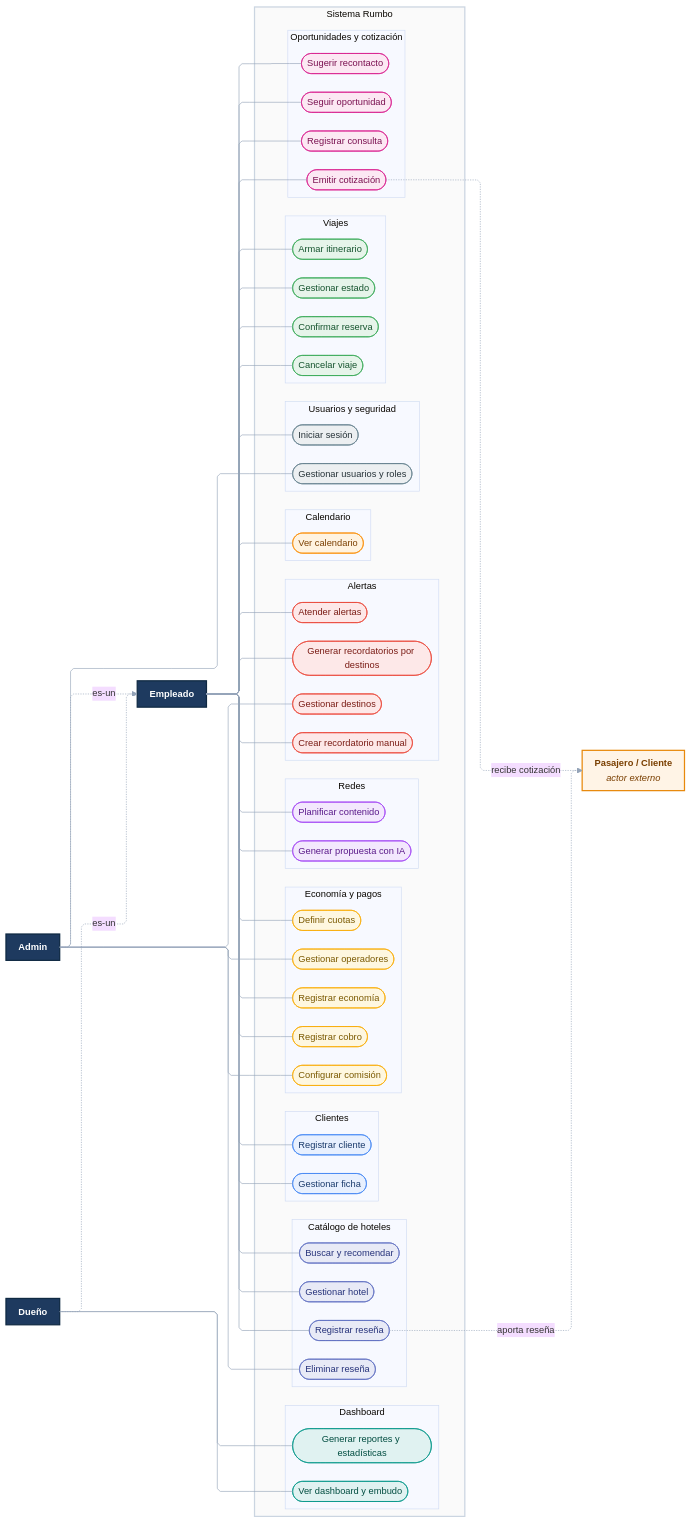
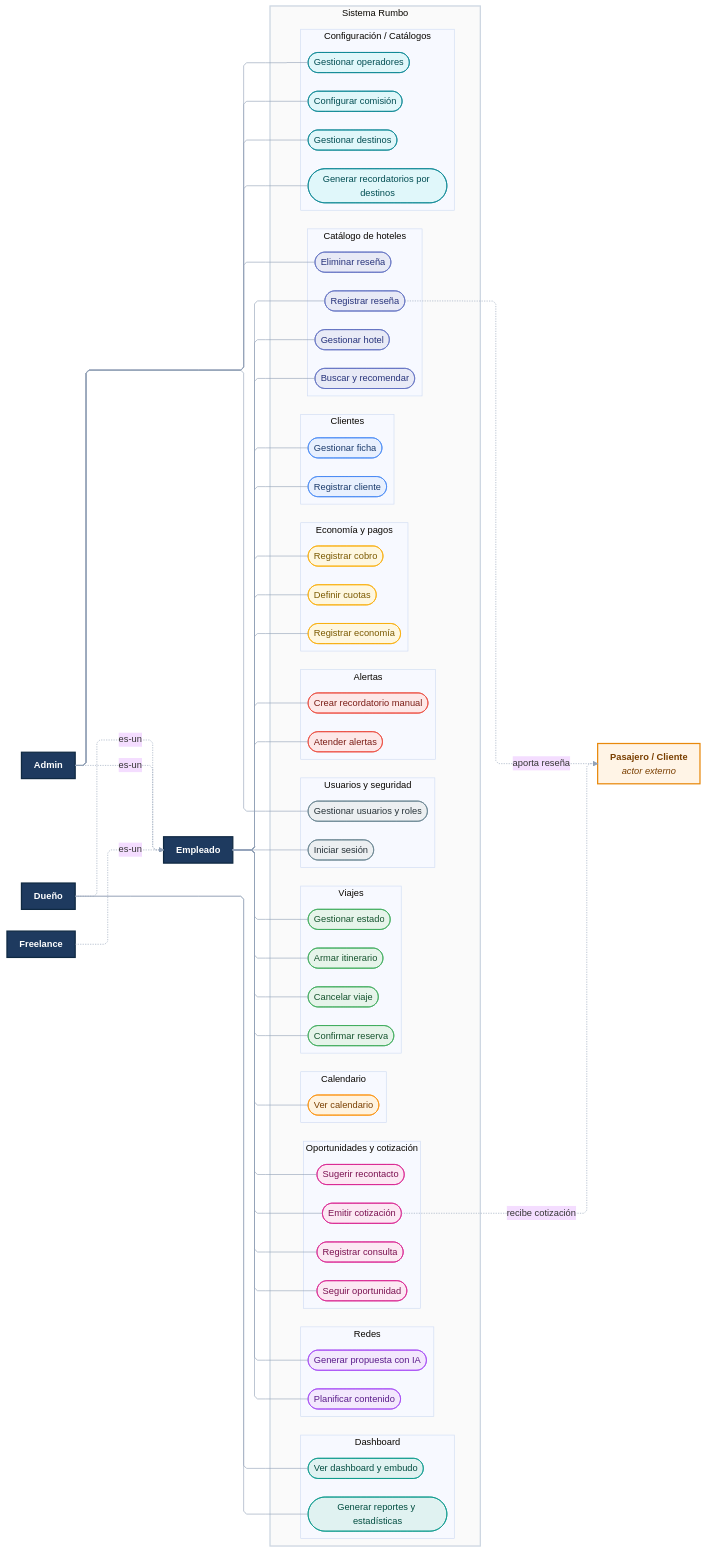
One commit to FranLuciano04/Vault-Rumbo changed the diagram in 02-Analisis/DGM — Casos de uso.md. Above: the diagram before and after it, drawn with Mermaid. The commit also changed other lines of this file and 27 other files, not shown here.

````diff
--- a/02-Analisis/DGM — Casos de uso.md
+++ b/02-Analisis/DGM — Casos de uso.md
@@ -20,6 +20,7 @@
   EMP["<b>Empleado</b>"]:::actor
   ADM["<b>Admin</b>"]:::actor
   DUE["<b>Dueño</b>"]:::actor
+  FRE["<b>Freelance</b>"]:::actor
 
   subgraph SYS[" Sistema Rumbo "]
     direction TB
@@ -44,18 +45,20 @@
       CU18([Buscar y recomendar]):::m6
       CU29([Eliminar reseña]):::m6
     end
+    subgraph M11[Configuración / Catálogos]
+      CU13([Configurar comisión]):::m11
+      CU15([Generar recordatorios por destinos]):::m11
+      CU26([Gestionar destinos]):::m11
+      CU31([Gestionar operadores]):::m11
+    end
     subgraph M5[Alertas]
       CU14([Atender alertas]):::m5
-      CU15([Generar recordatorios por destinos]):::m5
-      CU26([Gestionar destinos]):::m5
       CU28([Crear recordatorio manual]):::m5
     end
     subgraph M4[Economía y pagos]
       CU10([Registrar economía]):::m4
       CU11([Definir cuotas]):::m4
       CU12([Registrar cobro]):::m4
-      CU13([Configurar comisión]):::m4
-      CU31([Gestionar operadores]):::m4
     end
     subgraph M3[Viajes]
       CU07([Confirmar reserva]):::m3
@@ -77,23 +80,24 @@
 
   CLI["<b>Pasajero / Cliente</b><br/><i>actor externo</i>"]:::ext
 
-  %% Generalización: Admin y Dueño heredan los casos del Empleado
+  %% Generalización: Admin, Dueño y Freelance heredan los casos operativos del Empleado
   ADM -. "es-un" .-> EMP
   DUE -. "es-un" .-> EMP
+  FRE -. "es-un" .-> EMP
 
   %% Empleado: casos operativos
   EMP --- CU02 & CU03
   EMP --- CU04 & CU05 & CU06 & CU30
   EMP --- CU07 & CU08 & CU09 & CU27
   EMP --- CU10 & CU11 & CU12
-  EMP --- CU14 & CU15 & CU28
+  EMP --- CU14 & CU28
   EMP --- CU16 & CU17 & CU18
   EMP --- CU19 & CU20
   EMP --- CU23
   EMP --- CU24
 
-  %% Admin: casos exclusivos
-  ADM --- CU13 & CU25 & CU26 & CU29 & CU31
+  %% Admin: casos exclusivos (configuración, catálogos y moderación)
+  ADM --- CU13 & CU15 & CU25 & CU26 & CU29 & CU31
 
   %% Dueño: dashboard y reportes
   DUE --- CU21 & CU22
@@ -114,5 +118,6 @@
   classDef m8 fill:#e0f2f1,stroke:#009688,color:#004d40;
   classDef m9 fill:#fff3e0,stroke:#fb8c00,color:#7a3f00;
   classDef m10 fill:#eceff1,stroke:#607d8b,color:#263238;
+  classDef m11 fill:#e0f7fa,stroke:#00838f,color:#004d52;
   style SYS fill:#fafafa,stroke:#cbd5e1,stroke-width:2px;
 ```
````
